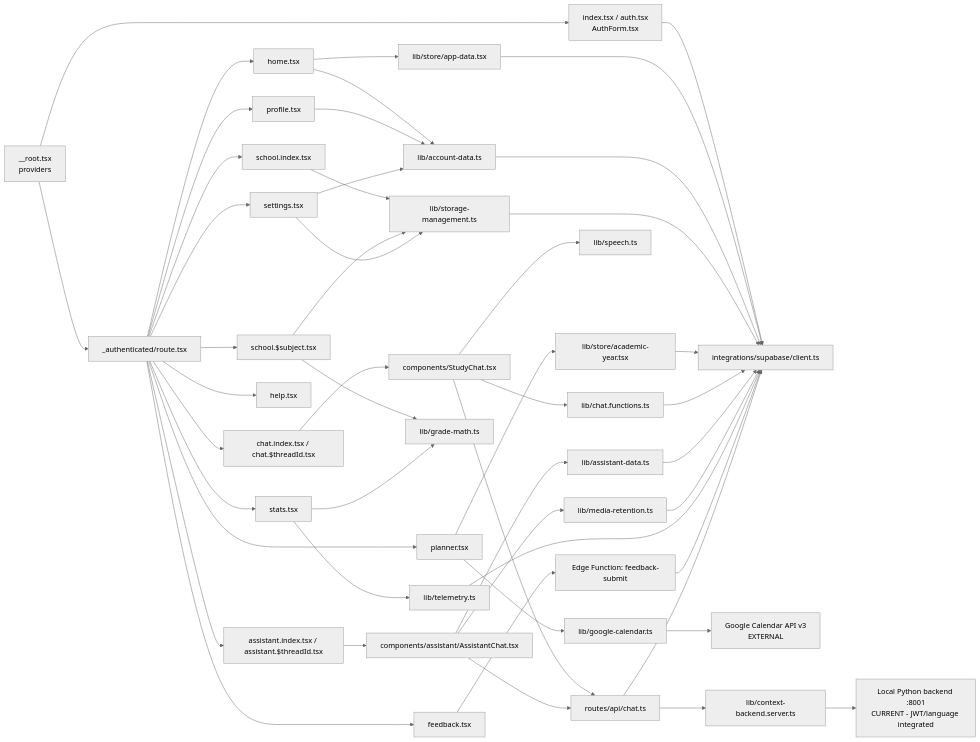
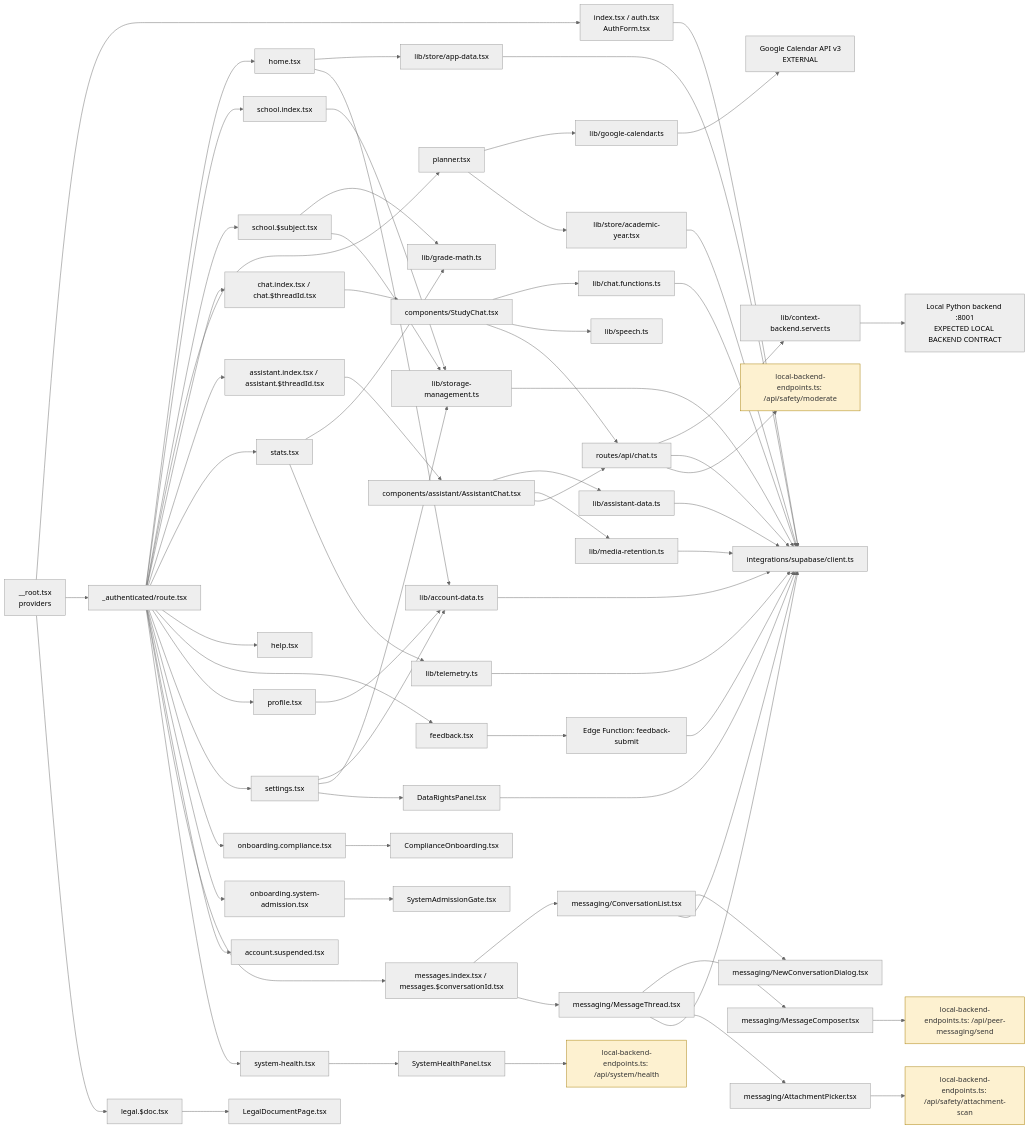
The diagram in docs/architecture/FRONTEND_COMPONENT_ARCHITECTURE.mmd (keyshavmor/study-swiss-star), drawn with Mermaid (neutral theme) before and after one commit. The commit also changed 231 other files, not shown here.

```diff
--- a/docs/architecture/FRONTEND_COMPONENT_ARCHITECTURE.mmd
+++ b/docs/architecture/FRONTEND_COMPONENT_ARCHITECTURE.mmd
@@ -1,60 +1,108 @@
 flowchart LR
   ROOT["__root.tsx<br/>providers"] --> AUTHR["index.tsx / auth.tsx<br/>AuthForm.tsx"]
   ROOT --> GATE["_authenticated/route.tsx"]
 
   GATE --> HOME["home.tsx"]
   GATE --> SCHOOLIDX["school.index.tsx"]
   GATE --> SCHOOLSUB["school.$subject.tsx"]
   GATE --> PLANNER["planner.tsx"]
   GATE --> CHATIDX["chat.index.tsx / chat.$threadId.tsx"]
   GATE --> ASSTIDX["assistant.index.tsx / assistant.$threadId.tsx"]
   GATE --> STATS["stats.tsx"]
   GATE --> HELP["help.tsx"]
   GATE --> FEEDBACK["feedback.tsx"]
   GATE --> PROFILE["profile.tsx"]
   GATE --> SETTINGS["settings.tsx"]
 
   AUTHR --> SUPACLIENT["integrations/supabase/client.ts"]
 
   HOME --> APPDATA["lib/store/app-data.tsx"]
   HOME --> ACCOUNTDATA["lib/account-data.ts"]
   APPDATA --> SUPACLIENT
   ACCOUNTDATA --> SUPACLIENT
 
   SCHOOLIDX --> STORAGEMGMT["lib/storage-management.ts"]
   SCHOOLSUB --> GRADEMATH["lib/grade-math.ts"]
   SCHOOLSUB --> STORAGEMGMT
   STORAGEMGMT --> SUPACLIENT
 
   PLANNER --> GCAL["lib/google-calendar.ts"]
   PLANNER --> ACADYEAR["lib/store/academic-year.tsx"]
   GCAL --> GOOGLEAPI["Google Calendar API v3<br/>EXTERNAL"]
   ACADYEAR --> SUPACLIENT
 
   CHATIDX --> STUDYCHAT["components/StudyChat.tsx"]
   STUDYCHAT --> CHATFN["lib/chat.functions.ts"]
   STUDYCHAT --> SPEECH["lib/speech.ts"]
   CHATFN --> SUPACLIENT
   STUDYCHAT --> APICHAT["routes/api/chat.ts"]
 
   ASSTIDX --> ASSTCHAT["components/assistant/AssistantChat.tsx"]
   ASSTCHAT --> ASSTDATA["lib/assistant-data.ts"]
   ASSTCHAT --> MEDIARET["lib/media-retention.ts"]
   ASSTDATA --> SUPACLIENT
   MEDIARET --> SUPACLIENT
   ASSTCHAT --> APICHAT
 
   STATS --> GRADEMATH
   STATS --> TELEMETRY["lib/telemetry.ts"]
   TELEMETRY --> SUPACLIENT
 
   FEEDBACK --> EDGEFEEDBACK["Edge Function: feedback-submit"]
   EDGEFEEDBACK --> SUPACLIENT
 
   PROFILE --> ACCOUNTDATA
   SETTINGS --> ACCOUNTDATA
   SETTINGS --> STORAGEMGMT
 
   APICHAT --> CTXBACKEND["lib/context-backend.server.ts"]
-  CTXBACKEND --> LOCALBACKEND["Local Python backend :8001<br/>CURRENT - JWT/language integrated"]
+  CTXBACKEND --> LOCALBACKEND["Local Python backend :8001<br/>EXPECTED LOCAL BACKEND CONTRACT"]
   APICHAT --> SUPACLIENT
+
+
+  GATE --> ONBCOMPLIANCE2["onboarding.compliance.tsx"]
+  ONBCOMPLIANCE2 --> COMPLIANCECOMP["ComplianceOnboarding.tsx"]
+  GATE --> ONBADMISSION2["onboarding.system-admission.tsx"]
+  ONBADMISSION2 --> ADMISSIONGATECOMP["SystemAdmissionGate.tsx"]
+  GATE --> SUSPENDEDR["account.suspended.tsx"]
+  ROOT --> LEGALR["legal.$doc.tsx"]
+  LEGALR --> LEGALCOMP["LegalDocumentPage.tsx"]
+
+  GATE --> MSGIDX["messages.index.tsx / messages.$conversationId.tsx"]
+  MSGIDX --> CONVLIST["messaging/ConversationList.tsx"]
+  MSGIDX --> MSGTHREADCOMP["messaging/MessageThread.tsx"]
+  MSGTHREADCOMP --> MSGCOMPOSER["messaging/MessageComposer.tsx"]
+  MSGTHREADCOMP --> ATTACHPICK["messaging/AttachmentPicker.tsx"]
+  CONVLIST --> NEWCONVDIALOG["messaging/NewConversationDialog.tsx"]
+  MSGCOMPOSER --> LOCALPEERSEND2["local-backend-endpoints.ts: /api/peer-messaging/send"]
+  ATTACHPICK --> LOCALATTACHSCAN2["local-backend-endpoints.ts: /api/safety/attachment-scan"]
+  CONVLIST --> SUPACLIENT
+  MSGTHREADCOMP --> SUPACLIENT
+
+  GATE --> SYSHEALTHR["system-health.tsx"]
+  SYSHEALTHR --> SYSHEALTHCOMP["SystemHealthPanel.tsx"]
+  SYSHEALTHCOMP --> LOCALHEALTH2["local-backend-endpoints.ts: /api/system/health"]
+
+  SETTINGS --> DATARIGHTSCOMP["DataRightsPanel.tsx"]
+  DATARIGHTSCOMP --> SUPACLIENT
+
+  APICHAT --> LOCALMODERATE2["local-backend-endpoints.ts: /api/safety/moderate"]
+
+  classDef backendUnknown2 fill:#fdf1d0,stroke:#a67c00,color:#333;
+  class LOCALPEERSEND2,LOCALATTACHSCAN2,LOCALHEALTH2,LOCALMODERATE2 backendUnknown2
+
+%% CURRENT (2026-09-17): the authenticated startup flow is auth → PER-SESSION
+%% language decision (select or explicit skip) → PER-SESSION model decision
+%% (backend-confirmed ready, or explicit continue-without-AI) → product. Language
+%% onboarding is NOT once-per-account; language_onboarding_completed is legacy
+%% metadata only. There is NO mandatory system-admission screen between them, and
+%% /onboarding/model redirects to /onboarding/language while that decision is
+%% missing. Canonical: docs/sequences/POST_LOGIN_STARTUP.mmd. Model/GPU readiness
+%% lives in sessionStorage only, never in Supabase. auto_storage_cleanup user
+%% preference removed; cleanup is a platform-wide cron (STORAGE_CAPACITY_CLEANUP.mmd).
+
+%% Compliance onboarding, suspension, legal document routes, peer messaging and the
+%% system health panel: see docs/sequences/PEER_CHAT_CREATION_BY_USERNAME.mmd,
+%% docs/sequences/SYSTEM_HEALTH_AGGREGATION.mmd and docs/contracts/BACKEND_GAP_MATRIX.md.
+%% The system-admission screen is OPTIONAL and no longer part of the startup order
+%% (capability/admission/recommendation data is rendered on the model screen).
```
